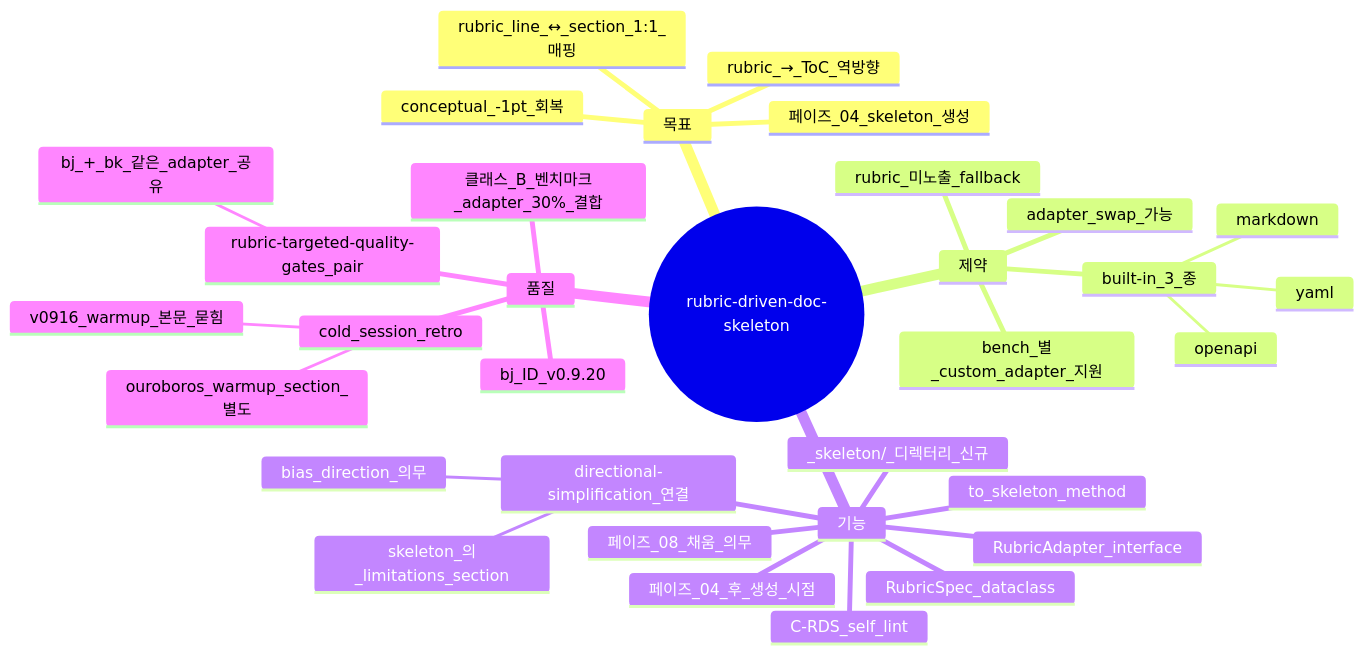
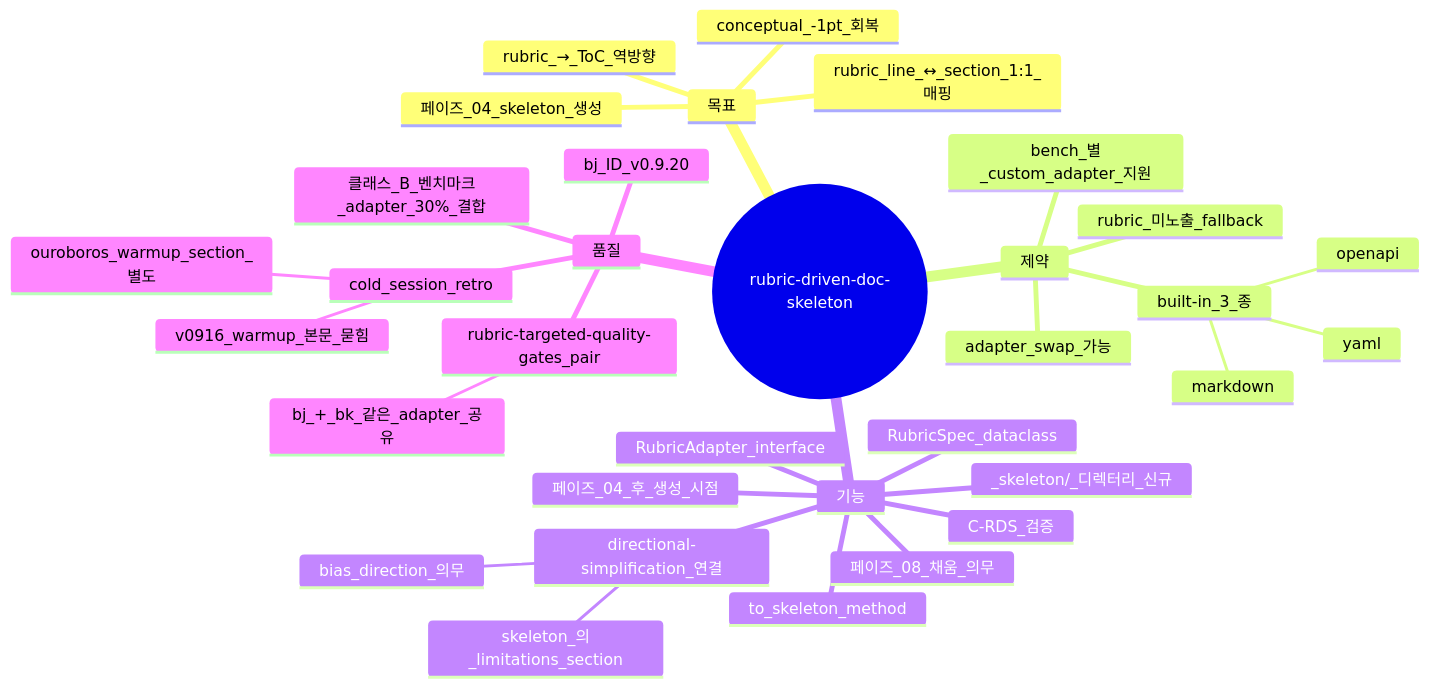
The diagram in skills/theseus-harness/conventions/rubric-driven-doc-skeleton.md (whyjp/ShipofTheseus), drawn with Mermaid before and after one commit. The commit also changed other lines of this file and 43 other files, not shown here.

First line of the commit message:
refactor(b3c): 가짜 self_lint 귀속 51개 정리 — 선언≠구현(P2) 잔재 제거

````diff
--- a/skills/theseus-harness/conventions/rubric-driven-doc-skeleton.md
+++ b/skills/theseus-harness/conventions/rubric-driven-doc-skeleton.md
@@ -157,36 +157,36 @@
 ```mermaid
 mindmap
   root((rubric-driven-doc-skeleton))
     목표
       rubric_→_ToC_역방향
       rubric_line_↔_section_1:1_매핑
       페이즈_04_skeleton_생성
       conceptual_-1pt_회복
     제약
       rubric_미노출_fallback
       adapter_swap_가능
       built-in_3_종
         yaml
         markdown
         openapi
       bench_별_custom_adapter_지원
     기능
       RubricAdapter_interface
       RubricSpec_dataclass
       to_skeleton_method
       _skeleton/_디렉터리_신규
-      C-RDS_self_lint
+      C-RDS_검증
       페이즈_04_후_생성_시점
       페이즈_08_채움_의무
       directional-simplification_연결
         skeleton_의_limitations_section
         bias_direction_의무
     품질
       cold_session_retro
         ouroboros_warmup_section_별도
         v0916_warmup_본문_묻힘
       rubric-targeted-quality-gates_pair
         bj_+_bk_같은_adapter_공유
       bj_ID_v0.9.20
       클래스_B_벤치마크_adapter_30%_결합
 ```
````
